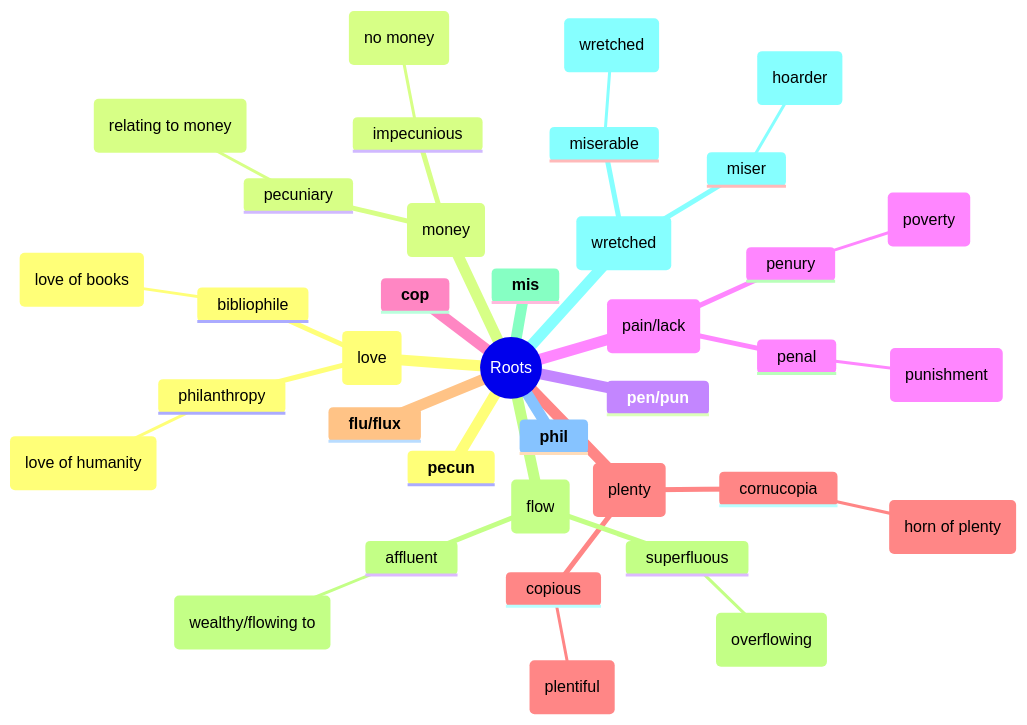
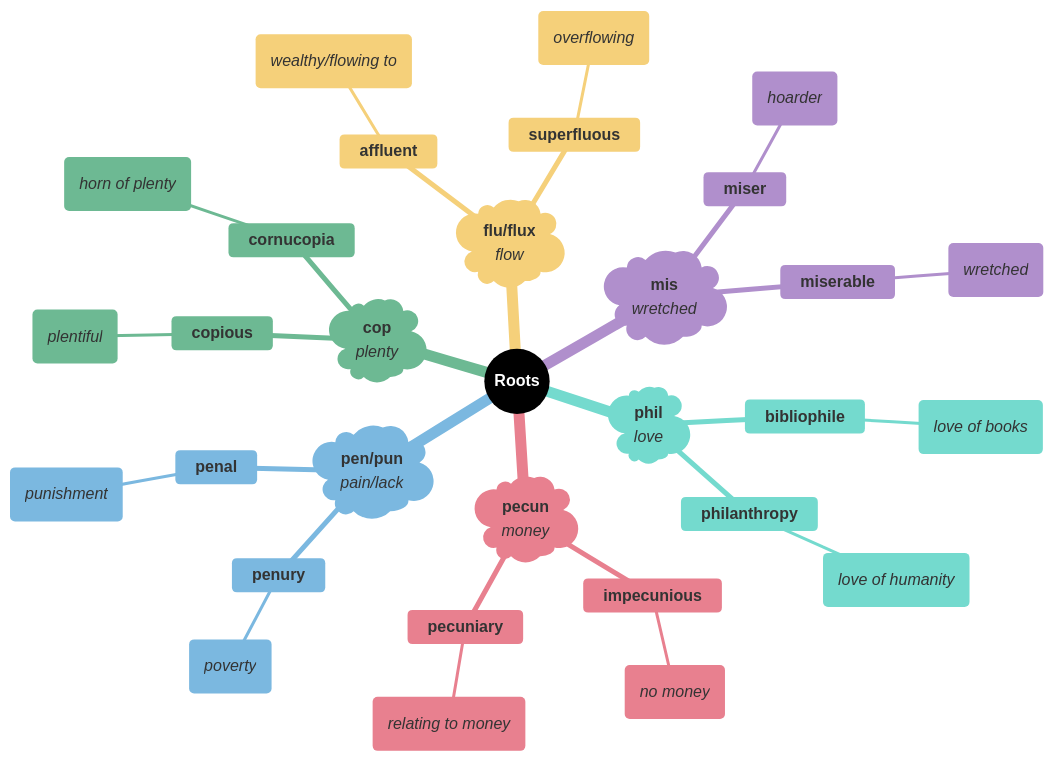
The seventh of 7 diagrams in mindmaps/11-wealth-and-poverty.md (95anantsingh/gre-preparation), drawn with Mermaid before and after one commit. The commit also changed other lines of this file and 14 other files, not shown here.

````diff
--- a/mindmaps/11-wealth-and-poverty.md
+++ b/mindmaps/11-wealth-and-poverty.md
@@ -292,40 +415,53 @@
 ```mermaid
+%%{
+  init: {
+    "theme": "base",
+    "themeVariables": {
+      "primaryColor": "#000000",
+      "cScale1": "#e8808f",  "cScaleInv1": "#a33445",
+      "cScale2": "#7bb8e0",  "cScaleInv2": "#266a93",
+      "cScale3": "#6db993",  "cScaleInv3": "#23543f",
+      "cScale4": "#f5d07a",  "cScaleInv4": "#c4903b",
+      "cScale5": "#b08fcc",  "cScaleInv5": "#5d3b75",
+      "cScale6": "#74dace",  "cScaleInv6": "#217d72",
+      "cScale7": "#f09570",  "cScaleInv7": "#b84112",
+      "cScale8": "#8ea8c2",  "cScaleInv8": "#32465e",
+      "cScale9": "#cc7fba",  "cScaleInv9": "#7d2868",
+      "cScale10": "#c99a78", "cScaleInv10": "#7c4e32",
+      "cScale11": "#a3a3a3", "cScaleInv11": "#3d3d3d"
+    }
+  }
+}%%
 mindmap
-  root((Roots))
-    **pecun**
-    (money)
-      impecunious
-        (no money)
-      pecuniary
-        (relating to money)
-    **pen/pun**
-    (pain/lack)
-      penury
-        (poverty)
-      penal
-        (punishment)
-    **cop**
-    (plenty)
-      copious
-        (plentiful)
-      cornucopia
-        (horn of plenty)
-    **flu/flux**
-    (flow)
-      affluent
-        (wealthy/flowing to)
-      superfluous
-        (overflowing)
-    **mis**
-    (wretched)
-      miser
-        (hoarder)
-      miserable
-        (wretched)
-    **phil**
-    (love)
-      philanthropy
-        (love of humanity)
-      bibliophile
-        (love of books)
+  root((<font color=white>**Roots**</font>))
+    )**pecun**</br>_money_(
+      **impecunious**
+        (_no money_)
+      **pecuniary**
+        (_relating to money_)
+    )**pen/pun**</br>_pain/lack_(
+      **penury**
+        (_poverty_)
+      **penal**
+        (_punishment_)
+    )**cop**</br>_plenty_(
+      **copious**
+        (_plentiful_)
+      **cornucopia**
+        (_horn of plenty_)
+    )**flu/flux**</br>_flow_(
+      **affluent**
+        (_wealthy/flowing to_)
+      **superfluous**
+        (_overflowing_)
+    )**mis**</br>_wretched_(
+      **miser**
+        (_hoarder_)
+      **miserable**
+        (_wretched_)
+    )**phil**</br>_love_(
+      **philanthropy**
+        (_love of humanity_)
+      **bibliophile**
+        (_love of books_)
 ```
````
